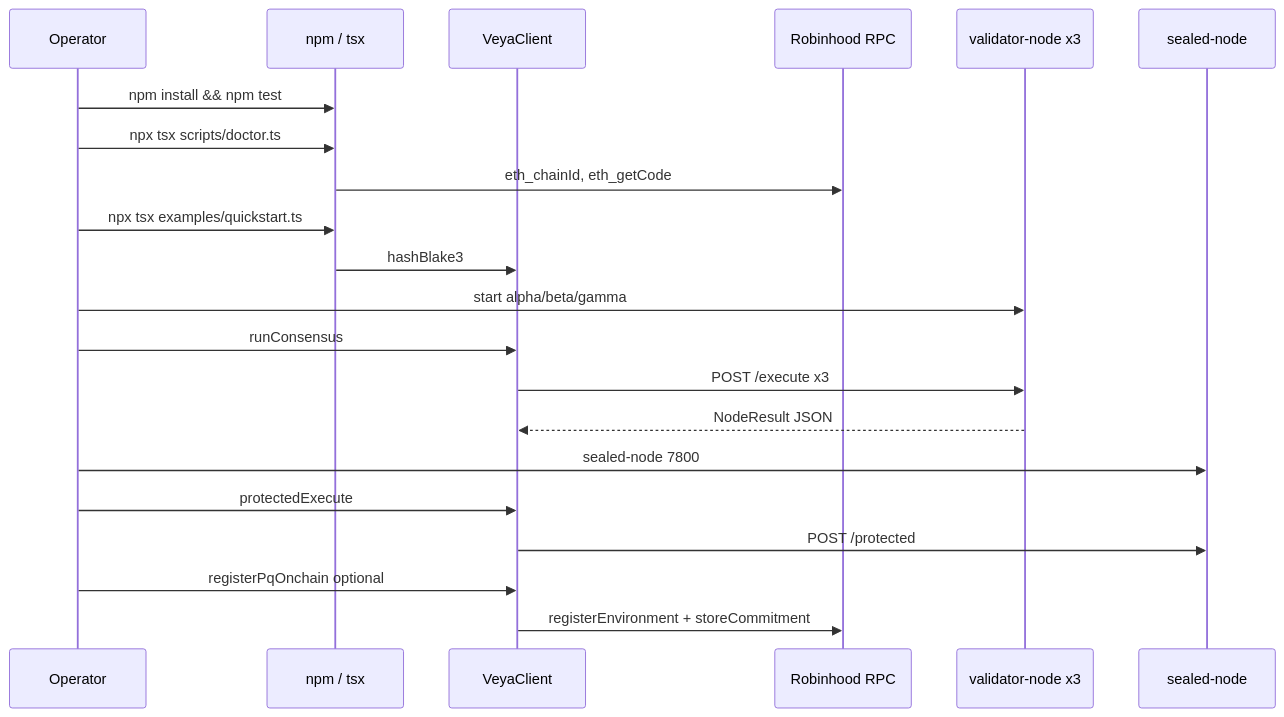
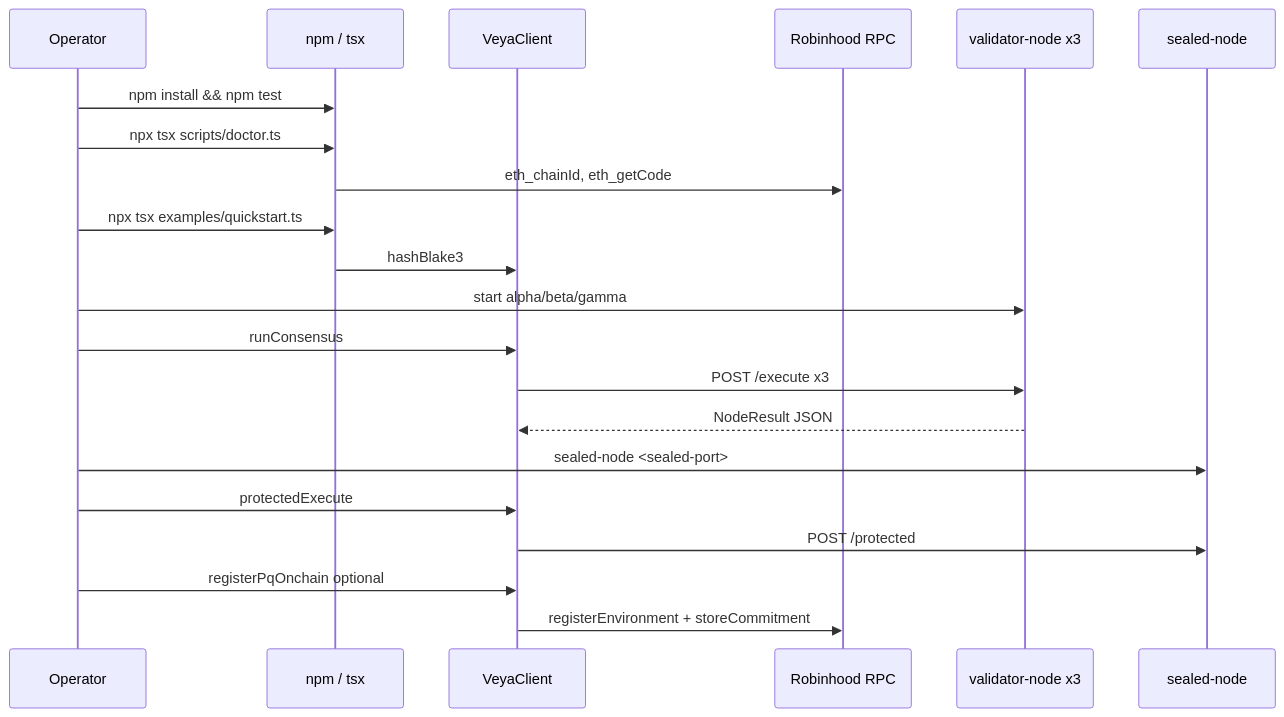
One commit to veyanet/veya-sdk changed the second of 2 diagrams in docs/CLI.md. Above: the diagram before and after it, drawn with Mermaid. The commit also changed other lines of this file, not shown here.

````diff
--- a/docs/CLI.md
+++ b/docs/CLI.md
@@ -161,24 +159,24 @@
 ```mermaid
 sequenceDiagram
     participant Op as Operator
     participant NPM as npm / tsx
     participant SDK as VeyaClient
     participant RPC as Robinhood RPC
     participant Val as validator-node x3
     participant Seal as sealed-node
 
     Op->>NPM: npm install && npm test
     Op->>NPM: npx tsx scripts/doctor.ts
     NPM->>RPC: eth_chainId, eth_getCode
     Op->>NPM: npx tsx examples/quickstart.ts
     NPM->>SDK: hashBlake3
     Op->>Val: start alpha/beta/gamma
     Op->>SDK: runConsensus
     SDK->>Val: POST /execute x3
     Val-->>SDK: NodeResult JSON
-    Op->>Seal: sealed-node 7800
+    Op->>Seal: sealed-node <sealed-port>
     Op->>SDK: protectedExecute
     SDK->>Seal: POST /protected
     Op->>SDK: registerPqOnchain optional
     SDK->>RPC: registerEnvironment + storeCommitment
 ```
````
